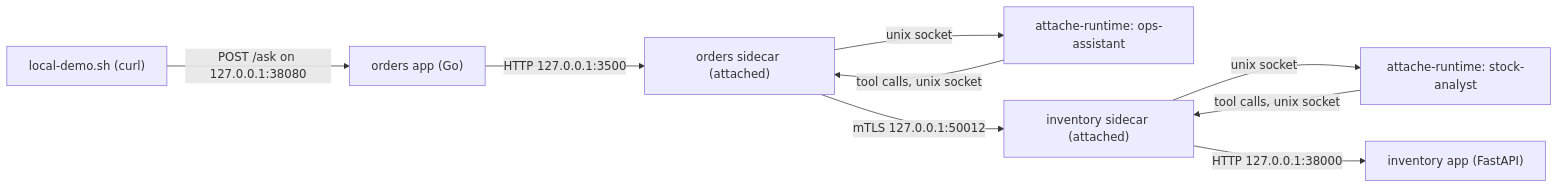
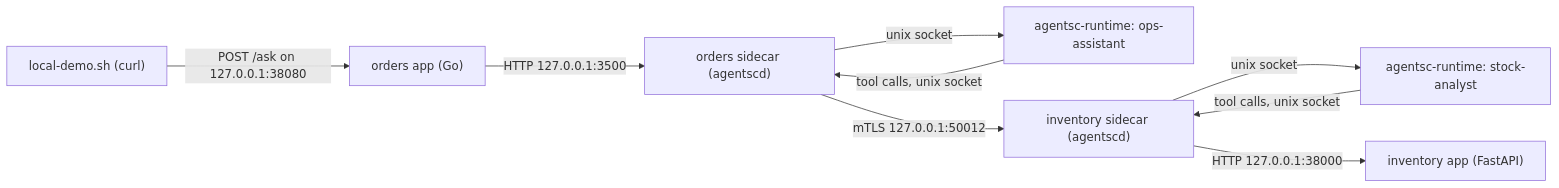
Before and after one commit to f8fvwgzc/agent-sidecar: the first of 2 diagrams in docs/getting-started.md, drawn with Mermaid. The commit also changed other lines of this file and 365 other files, not shown here.

First line of the commit message:
Rename attache to agentsc (agent-sidecar) everywhere

````diff
--- a/docs/getting-started.md
+++ b/docs/getting-started.md
@@ -46,11 +46,11 @@
 ```mermaid
 flowchart LR
   you["local-demo.sh (curl)"] -->|"POST /ask on 127.0.0.1:38080"| oapp["orders app (Go)"]
-  oapp -->|"HTTP 127.0.0.1:3500"| osc["orders sidecar (attached)"]
-  osc -->|"unix socket"| ort["attache-runtime: ops-assistant"]
+  oapp -->|"HTTP 127.0.0.1:3500"| osc["orders sidecar (agentscd)"]
+  osc -->|"unix socket"| ort["agentsc-runtime: ops-assistant"]
   ort -->|"tool calls, unix socket"| osc
-  osc -->|"mTLS 127.0.0.1:50012"| isc["inventory sidecar (attached)"]
-  isc -->|"unix socket"| irt["attache-runtime: stock-analyst"]
+  osc -->|"mTLS 127.0.0.1:50012"| isc["inventory sidecar (agentscd)"]
+  isc -->|"unix socket"| irt["agentsc-runtime: stock-analyst"]
   irt -->|"tool calls, unix socket"| isc
   isc -->|"HTTP 127.0.0.1:38000"| iapp["inventory app (FastAPI)"]
 ```
````
